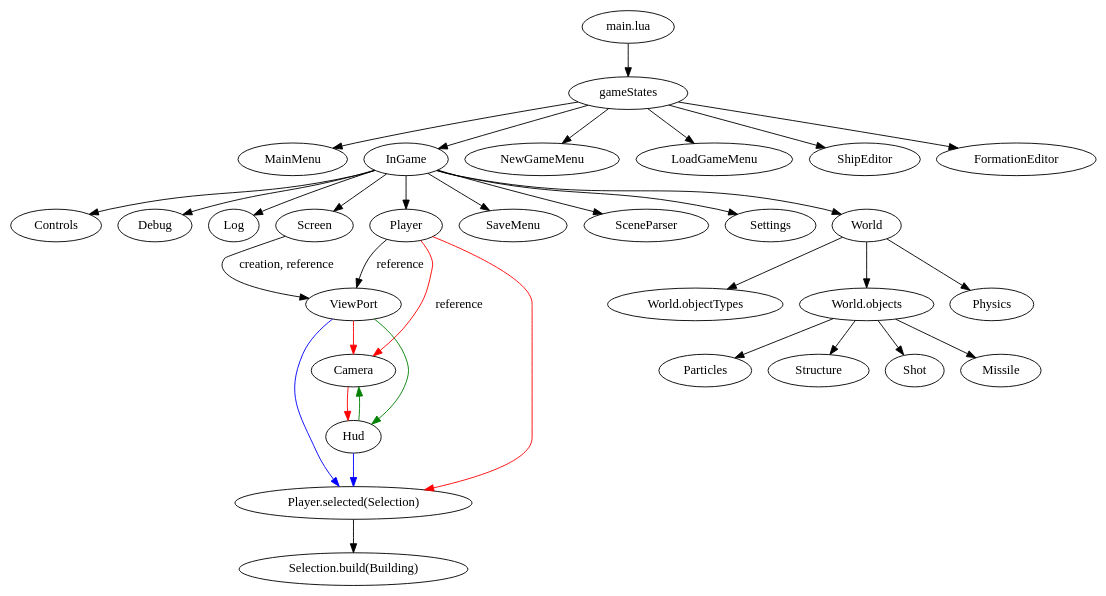
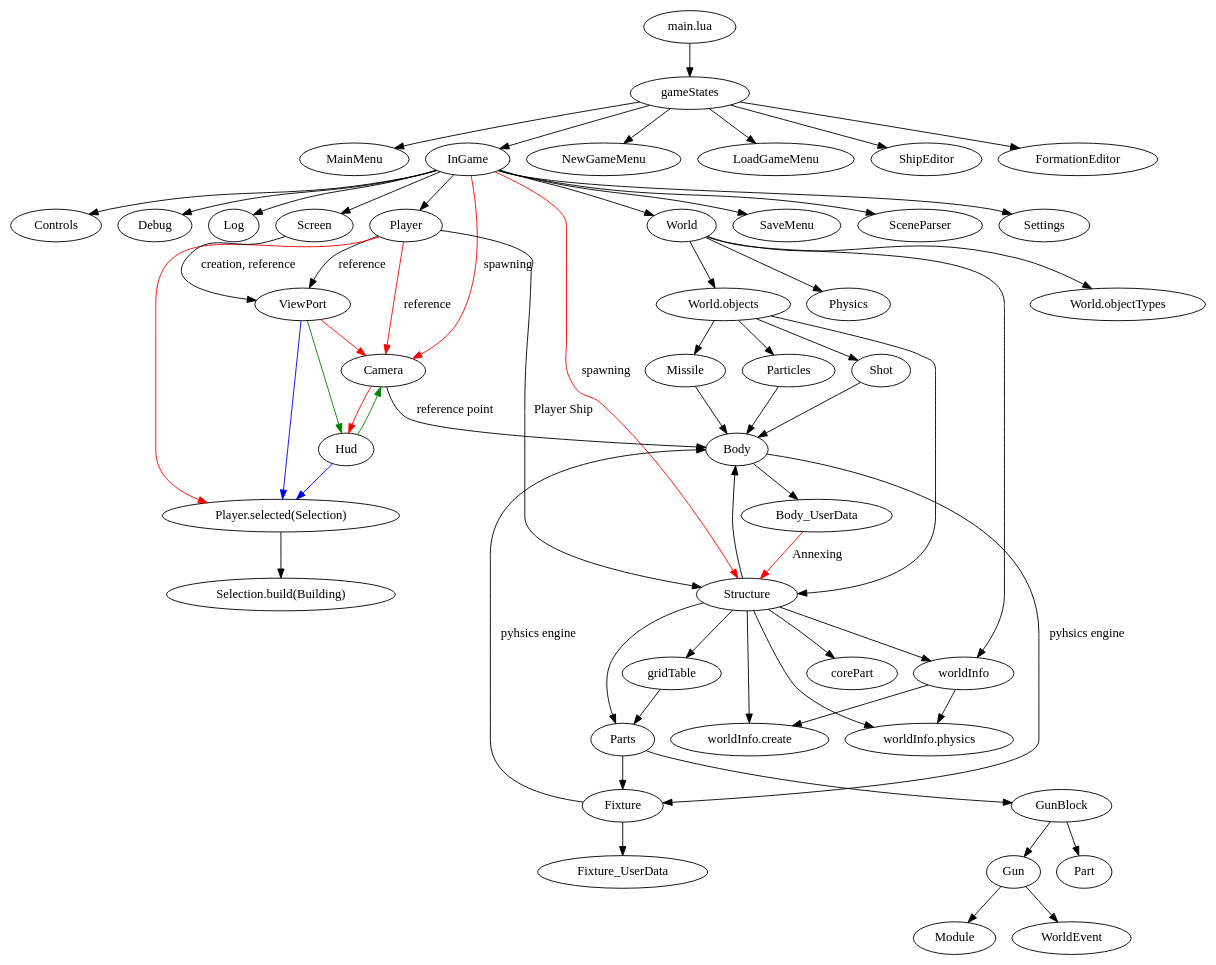
Before and after one commit to synthein/synthein: the diagram in docs/data_tree.dot, drawn with Graphviz.

Commit message:
Add nodes to data tree

```diff
--- a/docs/data_tree.dot
+++ b/docs/data_tree.dot
@@ -1,54 +1,98 @@
 digraph {
 	main [label = "main.lua"]
 	main -> gameStates
 	
 	gameStates -> MainMenu
 	gameStates -> InGame
 	gameStates -> NewGameMenu
 	gameStates -> LoadGameMenu
 	gameStates -> ShipEditor
 	gameStates -> FormationEditor
 
 	InGame -> Controls
 	InGame -> Debug
 	InGame -> Log
 	InGame -> Player
 	InGame -> SaveMenu
 	InGame -> SceneParser
 	InGame -> Screen
 	InGame -> Settings
 	InGame -> World
+	InGame -> Camera [label = "spawning" color="red"]
+	InGame -> Structure [label = "spawning" color="red"]
+	
 	
 	Player -> ViewPort [label = "reference"]
 	Player -> Camera [label = "reference" color="red"]
 	Player -> Player_selected [color="red"]
+	Player -> Structure [label = "Player Ship"]
 	
 	Player_selected [label = "Player.selected(Selection)"]
 	Player_selected -> Selection_build
 	
 	Selection_build [label = "Selection.build(Building)"]
 	
 	Screen -> ViewPort [label = "creation, reference"]
 	
 	ViewPort -> Hud [color="green"]
 	ViewPort -> Camera [color="red"]
 	ViewPort -> Player_selected [color="blue"]
 	
 	Hud -> Camera [color="green"]
 	Hud -> Player_selected [color="blue"]
 	
 	Camera -> Hud [color="red"]
+	Camera -> Body [label="reference point"]
 	
 	World -> World_objectTypes
 	World -> World_objects
 	World -> Physics
+	World -> worldInfo
+	
+	worldInfo -> worldInfo_physics
+	worldInfo -> worldInfo_create
+	
+	worldInfo_physics [label="worldInfo.physics"]
+	worldInfo_create [label="worldInfo.create"]
 	
 	World_objectTypes [label = "World.objectTypes"]
 	
 	World_objects [label = "World.objects"]
 	World_objects -> Structure
 	World_objects -> Shot
 	World_objects -> Missile
 	World_objects -> Particles
 	
+	Structure
+	Structure -> worldInfo
+	Structure -> worldInfo_physics
+	Structure -> worldInfo_create
+	Structure -> corePart
+	Structure -> gridTable
+	Structure -> Body
+	Structure -> Parts
+	
+	gridTable -> Parts
+	
+	Parts -> Fixture
+	Parts -> GunBlock
+	
+	GunBlock -> Part
+	GunBlock -> Gun
+	
+	Gun -> Module
+	Gun -> WorldEvent
+	
+	Shot -> Body
+	Missile -> Body
+	Particles -> Body
+	
+	Body -> Fixture [label = "pyhsics engine"]
+	Body -> Body_UserData
+	
+	Body_UserData -> Structure [label = "Annexing" color="red"]
+
+	Fixture -> Body [label = "pyhsics engine"]
+	Fixture -> Fixture_UserData
+	
 }
```
